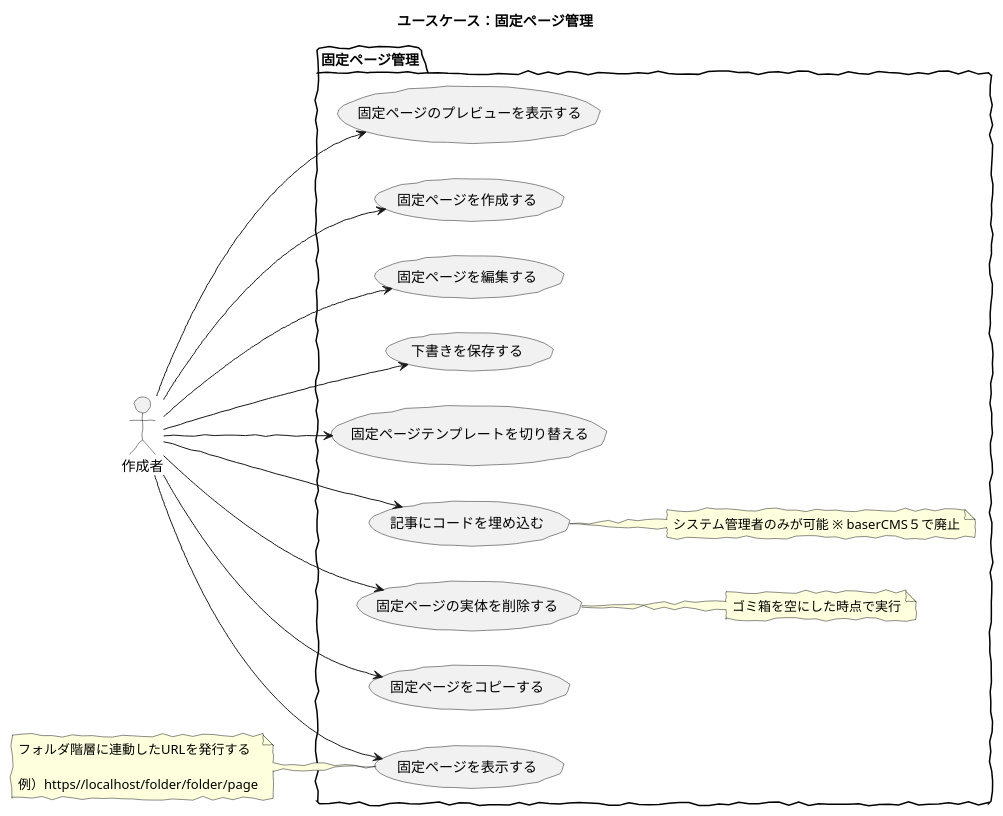
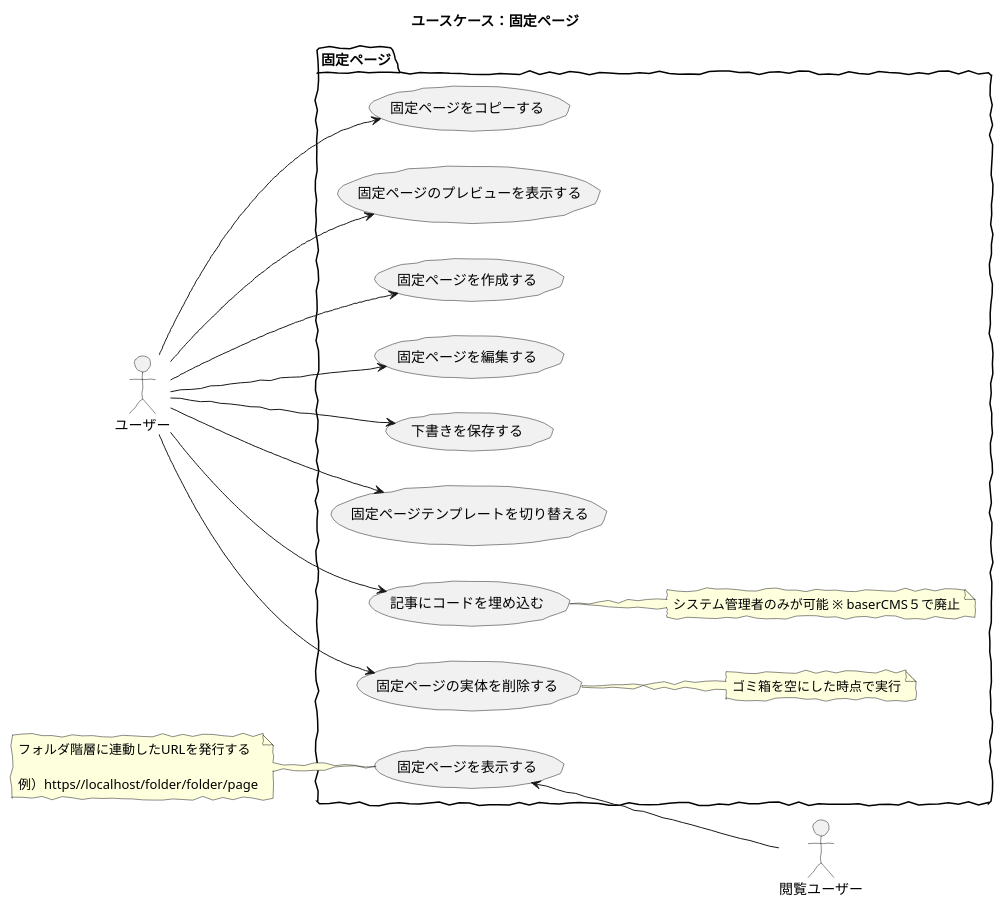
Before and after one commit to baserproject/baserproject.github.io: the diagram in src/puml/5/ucmitz/svg/use_case/pages.puml, drawn with PlantUML. The commit also changed 19 other files, not shown here.

```diff
--- a/src/puml/5/ucmitz/svg/use_case/pages.puml
+++ b/src/puml/5/ucmitz/svg/use_case/pages.puml
@@ -1,34 +1,35 @@
 @startuml
 skinparam handwritten true
 skinparam backgroundColor white
 
-title ユースケース：固定ページ管理
+title ユースケース：固定ページ
 
-actor 作成者
+actor ユーザー
+actor 閲覧ユーザー
 
-package 固定ページ管理 {
+package 固定ページ {
 	left to right direction
-	作成者 --> (固定ページを表示する)
-	作成者 --> (固定ページを作成する)
-	作成者 --> (固定ページを編集する)
-	作成者 --> (下書きを保存する)
-	作成者 --> (固定ページテンプレートを切り替える)
-	作成者 --> (記事にコードを埋め込む)
+	閲覧ユーザー -up-> (固定ページを表示する)
+	ユーザー -down-> (固定ページのプレビューを表示する)
+	ユーザー -down-> (固定ページを作成する)
+	ユーザー -down-> (固定ページを編集する)
+	ユーザー -down-> (下書きを保存する)
+	ユーザー -down-> (固定ページテンプレートを切り替える)
+	ユーザー -down-> (記事にコードを埋め込む)
 	note right of 記事にコードを埋め込む
 	システム管理者のみが可能 ※ baserCMS５で廃止
 	endnote
-	作成者 --> (固定ページの実体を削除する)
+	ユーザー -down-> (固定ページの実体を削除する)
 	note right of 固定ページの実体を削除する
 	ゴミ箱を空にした時点で実行
 	endnote
-	作成者 --> (固定ページをコピーする)
-	作成者 --> (固定ページのプレビューを表示する)
+	ユーザー -down-> (固定ページをコピーする)
 }
 
 note left of 固定ページを表示する
 フォルダ階層に連動したURLを発行する
 
 例）https//localhost/folder/folder/page
 endnote
 
 @enduml
```
